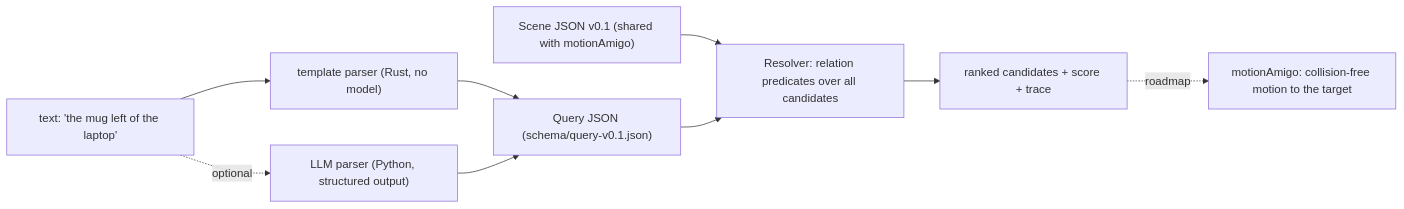
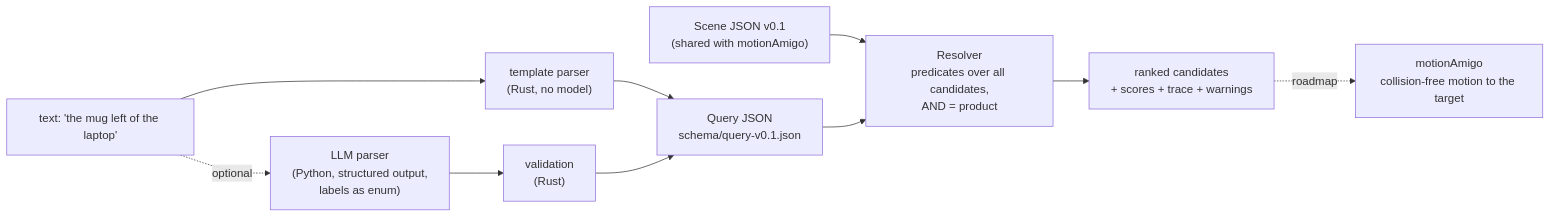
One commit to Amerigo2020/spatialAmigo changed the diagram in README.md. Above: the diagram before and after it, drawn with Mermaid. The commit also changed other lines of this file and 6 other files, not shown here.

First line of the commit message:
docs: finalize README with benchmarks, limitations, roadmap and citation

````diff
--- a/README.md
+++ b/README.md
@@ -79,11 +112,11 @@
 ```mermaid
 flowchart LR
-    T["text: 'the mug left of the laptop'"] --> TP["template parser (Rust, no model)"]
-    T -. optional .-> LLM["LLM parser (Python, structured output)"]
-    TP --> Q["Query JSON (schema/query-v0.1.json)"]
-    LLM --> Q
-    S["Scene JSON v0.1 (shared with motionAmigo)"] --> R
-    Q --> R["Resolver: relation predicates over all candidates"]
-    R --> O["ranked candidates + score + trace"]
-    O -. roadmap .-> M["motionAmigo: collision-free motion to the target"]
+    T["text: 'the mug left of the laptop'"] --> TP["template parser<br/>(Rust, no model)"]
+    T -. optional .-> LLM["LLM parser<br/>(Python, structured output,<br/>labels as enum)"]
+    TP --> Q["Query JSON<br/>schema/query-v0.1.json"]
+    LLM --> V["validation<br/>(Rust)"] --> Q
+    S["Scene JSON v0.1<br/>(shared with motionAmigo)"] --> R
+    Q --> R["Resolver<br/>predicates over all candidates,<br/>AND = product"]
+    R --> O["ranked candidates<br/>+ scores + trace + warnings"]
+    O -. roadmap .-> M["motionAmigo<br/>collision-free motion to the target"]
 ```
````
